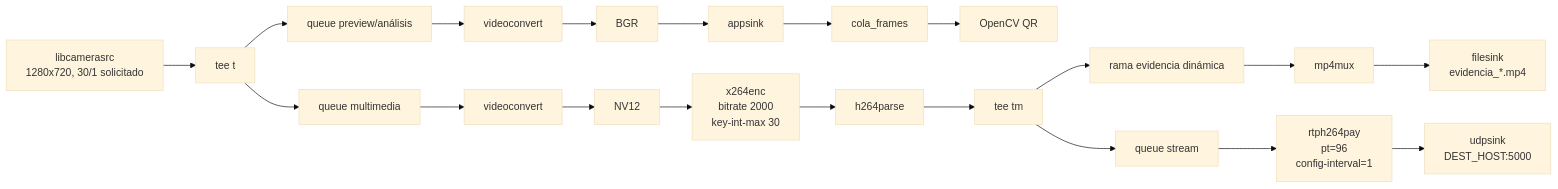
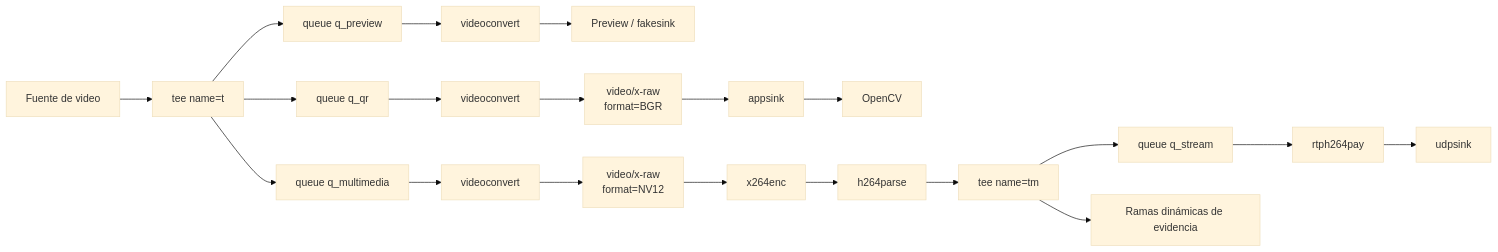
One commit to VeroC25/Project_1_Embebidos changed the first of 5 diagrams in docs/02_pipeline_gstreamer.md. Above: the diagram before and after it, drawn with Mermaid (base theme). The commit also changed other lines of this file, not shown here.

````diff
--- a/docs/02_pipeline_gstreamer.md
+++ b/docs/02_pipeline_gstreamer.md
@@ -33,26 +63,27 @@
 ```mermaid
 flowchart LR
-    SRC["libcamerasrc<br/>1280x720, 30/1 solicitado"] --> T["tee t"]
+    SRC["Fuente de video"] --> T["tee name=t"]
 
-    T --> Q1["queue preview/análisis"]
-    Q1 --> CONV1["videoconvert"]
-    CONV1 --> BGR["BGR"]
+    T --> PREQ["queue q_preview"]
+    PREQ --> PRECONV["videoconvert"]
+    PRECONV --> PREVIEW["Preview / fakesink"]
+
+    T --> QRQ["queue q_qr"]
+    QRQ --> QRCONV["videoconvert"]
+    QRCONV --> BGR["video/x-raw<br/>format=BGR"]
     BGR --> APP["appsink"]
-    APP --> QR["cola_frames"]
-    QR --> CV["OpenCV QR"]
+    APP --> CV["OpenCV"]
 
-    T --> QM["queue multimedia"]
-    QM --> CONV2["videoconvert"]
-    CONV2 --> NV12["NV12"]
-    NV12 --> ENC["x264enc<br/>bitrate 2000<br/>key-int-max 30"]
+    T --> MQ["queue q_multimedia"]
+    MQ --> MCONV["videoconvert"]
+    MCONV --> NV12["video/x-raw<br/>format=NV12"]
+    NV12 --> ENC["x264enc"]
     ENC --> PARSE["h264parse"]
-    PARSE --> TM["tee tm"]
+    PARSE --> TM["tee name=tm"]
 
-    TM --> RECQ["rama evidencia dinámica"]
-    RECQ --> MUX["mp4mux"]
-    MUX --> FILE["filesink<br/>evidencia_*.mp4"]
+    TM --> STREAMQ["queue q_stream"]
+    STREAMQ --> RTP["rtph264pay"]
+    RTP --> UDP["udpsink"]
 
-    TM --> STRQ["queue stream"]
-    STRQ --> PAY["rtph264pay<br/>pt=96<br/>config-interval=1"]
-    PAY --> UDP["udpsink<br/>DEST_HOST:5000"]
+    TM --> REC["Ramas dinámicas de evidencia"]
 ```
````
